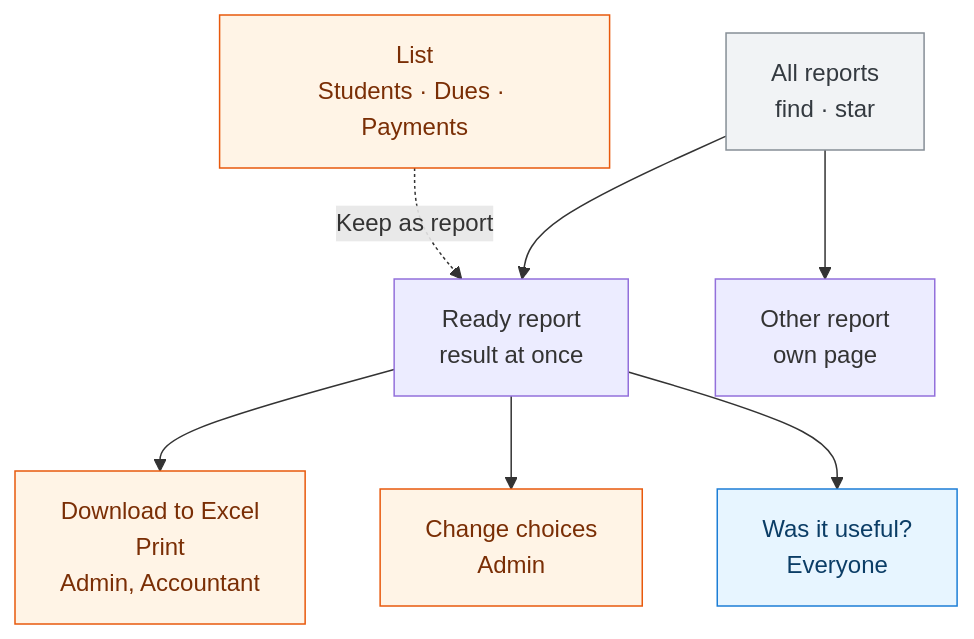
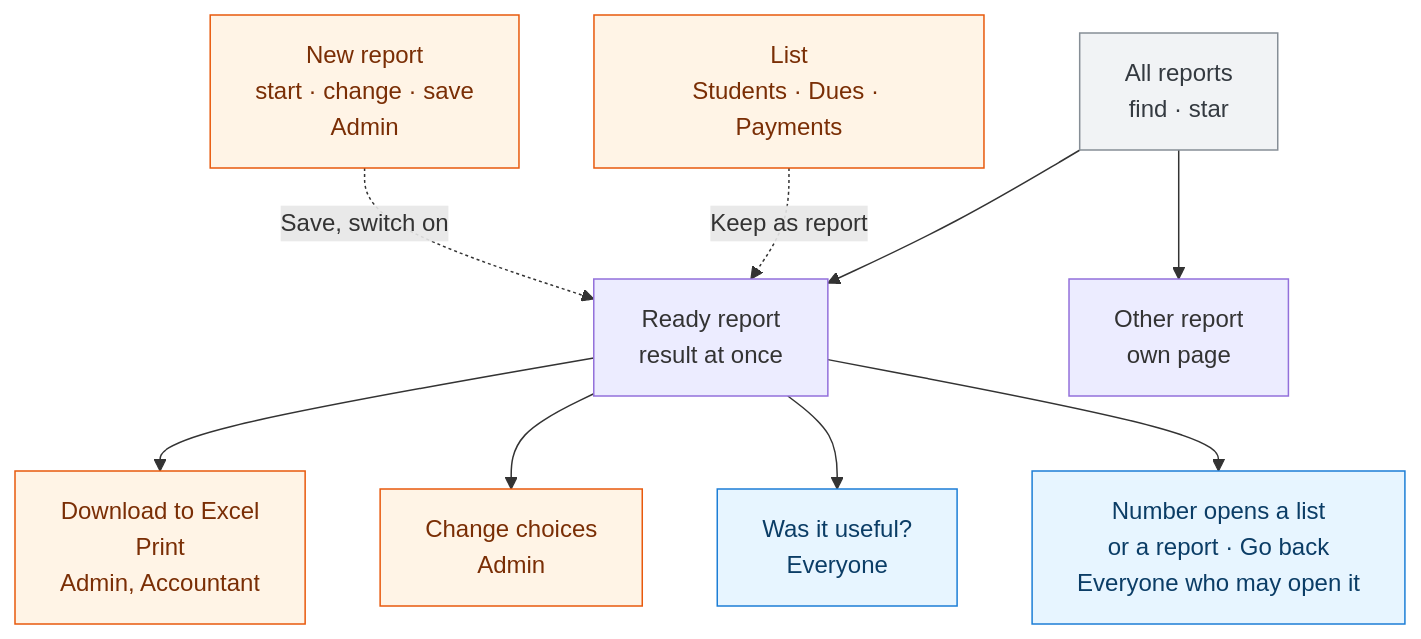
One commit to tareq89/biddaloy changed the diagram in docs/user-guide/_diagrams/reports-hub-overview.en.mmd. Above: the diagram before and after it, drawn with Mermaid. The commit also changed 44 other files, not shown here.

First line of the commit message:
feat(reports): report designer screen, colour rules and drill-through (8.15.41, 8.15.42)

```diff
--- a/docs/user-guide/_diagrams/reports-hub-overview.en.mmd
+++ b/docs/user-guide/_diagrams/reports-hub-overview.en.mmd
@@ -1,12 +1,14 @@
 %% title: Who can do what from All reports
-%% desc: From the All reports page you open a ready report or another report. After the result, Download to Excel and Print are for the admin and the accountant, changing the choices is for the admin, and saying whether it helped is for everyone. From the students, dues or payments list the admin can keep the list as a report, and it joins the ready reports.
+%% desc: From the All reports page you open a ready report or another report. After the result, Download to Excel and Print are for the admin and the accountant, changing the choices is for the admin, and saying whether it helped is for everyone. From the students, dues or payments list the admin can keep the list as a report, and the admin can also make a new report in the designer; both join the ready reports. A number in a report can open a list or another report, and Go back returns.
 flowchart TD
   H["All reports<br/>find · star"]:::note --> D["Ready report<br/>result at once"]
   H --> C["Other report<br/>own page"]
   D --> X["Download to Excel<br/>Print<br/>Admin, Accountant"]:::admin
   D --> Q["Change choices<br/>Admin"]:::admin
   D --> F["Was it useful?<br/>Everyone"]:::viewer
+  D --> G["Number opens a list<br/>or a report · Go back<br/>Everyone who may open it"]:::viewer
   L["List<br/>Students · Dues · Payments"]:::admin -.->|"Keep as report"| D
+  N["New report<br/>start · change · save<br/>Admin"]:::admin -.->|"Save, switch on"| D
   classDef admin fill:#fff4e6,stroke:#e8590c,color:#7a2e05
   classDef viewer fill:#e7f5ff,stroke:#1c7ed6,color:#0b3d66
   classDef note fill:#f1f3f5,stroke:#868e96,color:#343a40
```
